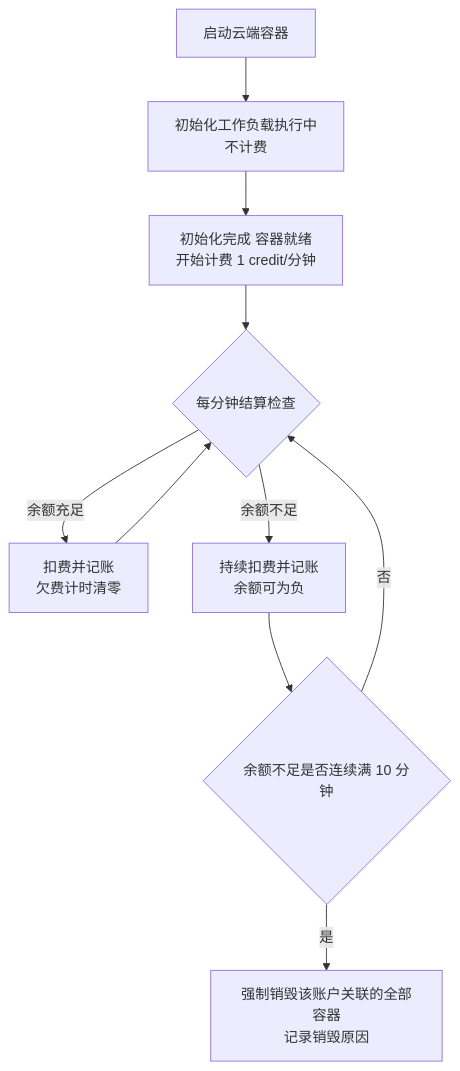
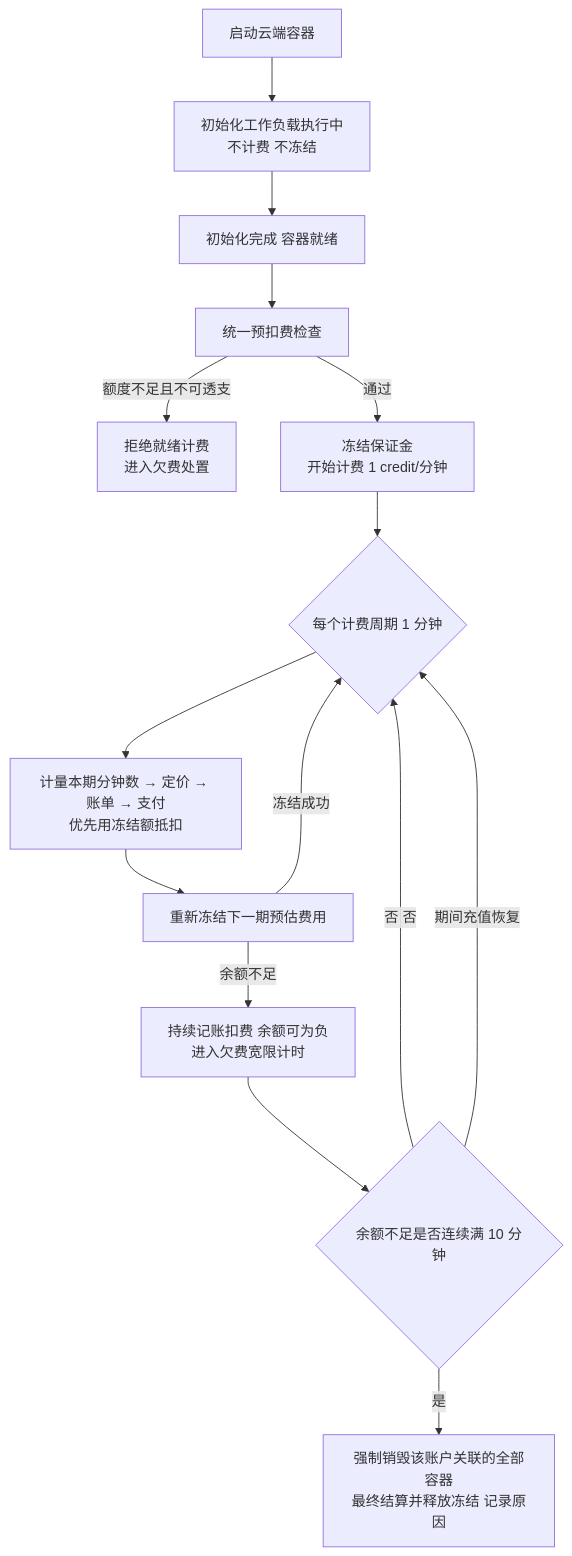
The fourth of 5 diagrams in docs/product/draft/20261018-credits-billing.md (Deliay/z-agent-gear), drawn with Mermaid before and after one commit. The commit also changed other lines of this file and 1 other file, not shown here.

````diff
--- a/docs/product/draft/20261018-credits-billing.md
+++ b/docs/product/draft/20261018-credits-billing.md
@@ -168,12 +240,17 @@
 ```mermaid
 flowchart TD
-    A[启动云端容器] --> B[初始化工作负载执行中<br/>不计费]
-    B --> C[初始化完成 容器就绪<br/>开始计费 1 credit/分钟]
-    C --> D{每分钟结算检查}
-    D -->|余额充足| E[扣费并记账<br/>欠费计时清零]
-    D -->|余额不足| F[持续扣费并记账<br/>余额可为负]
-    F --> G{余额不足是否连续满 10 分钟}
-    G -->|否| D
-    G -->|是| H[强制销毁该账户关联的全部容器<br/>记录销毁原因]
-    E --> D
+    A[启动云端容器] --> B[初始化工作负载执行中<br/>不计费 不冻结]
+    B --> C[初始化完成 容器就绪]
+    C --> D[统一预扣费检查]
+    D -->|额度不足且不可透支| Z[拒绝就绪计费<br/>进入欠费处置]
+    D -->|通过| E[冻结保证金<br/>开始计费 1 credit/分钟]
+    E --> F{每个计费周期 1 分钟}
+    F --> G[计量本期分钟数 → 定价 → 账单 → 支付<br/>优先用冻结额抵扣]
+    G --> H[重新冻结下一期预估费用]
+    H -->|冻结成功| F
+    H -->|余额不足| I[持续记账扣费 余额可为负<br/>进入欠费宽限计时]
+    I --> J{余额不足是否连续满 10 分钟}
+    J -->|否 否| F
+    J -->|期间充值恢复| F
+    J -->|是| K[强制销毁该账户关联的全部容器<br/>最终结算并释放冻结 记录原因]
 ```
````
